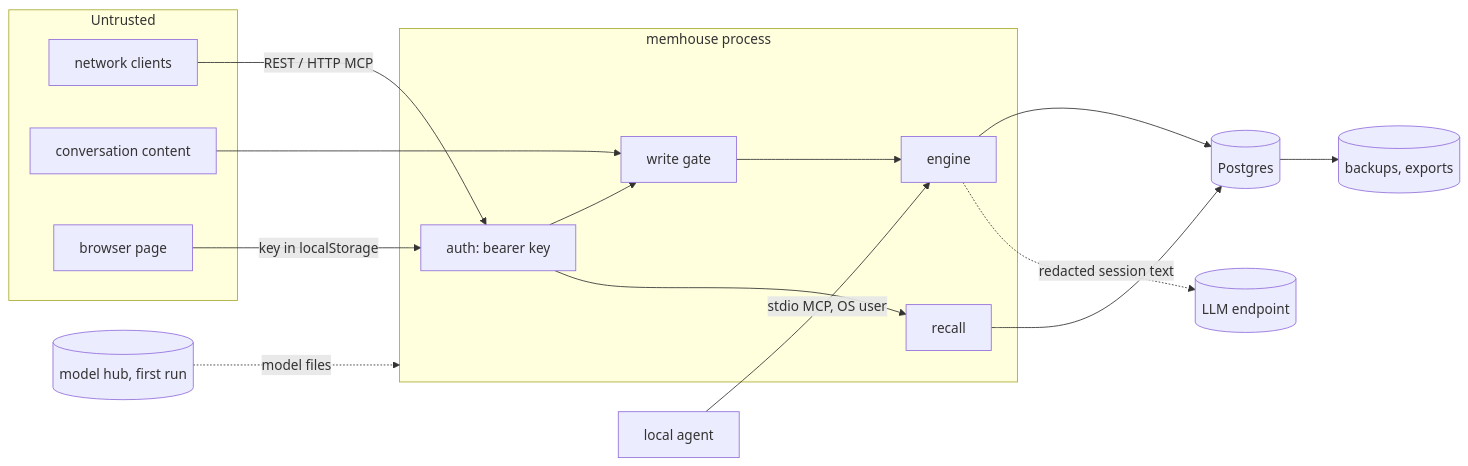
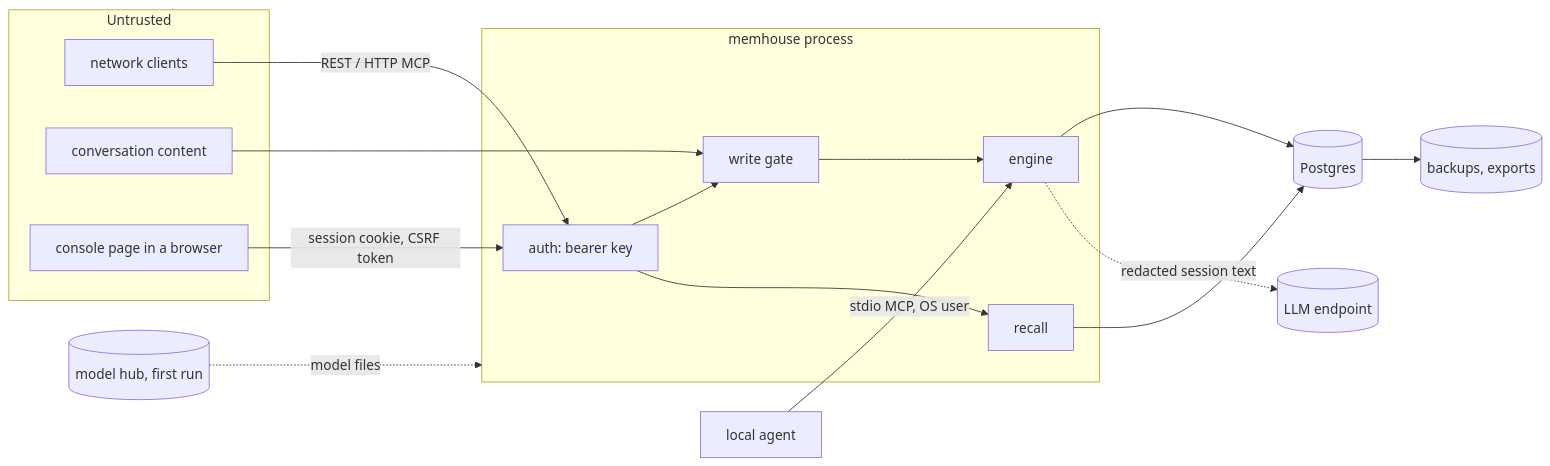
Before and after one commit to memhousehq/memhouse: the diagram in docs/threat-model.md, drawn with Mermaid. The commit also changed other lines of this file and 63 other files, not shown here.

First line of the commit message:
G20: Memory browser v2 and admin console (#40)

````diff
--- a/docs/threat-model.md
+++ b/docs/threat-model.md
@@ -33,21 +34,21 @@
 ```mermaid
 flowchart LR
     subgraph U[Untrusted]
         N[network clients]
         C[conversation content]
-        B[browser page]
+        B[console page in a browser]
     end
     subgraph S[memhouse process]
         A[auth: bearer key] --> G[write gate] --> E[engine]
         A --> R[recall]
     end
     N -- REST / HTTP MCP --> A
     L[local agent] -- stdio MCP, OS user --> E
-    B -- key in localStorage --> A
+    B -- session cookie, CSRF token --> A
     C --> G
     E --> P[(Postgres)]
     R --> P
     E -. redacted session text .-> X[(LLM endpoint)]
     M[(model hub, first run)] -. model files .-> S
     P --> K[(backups, exports)]
 ```
````
